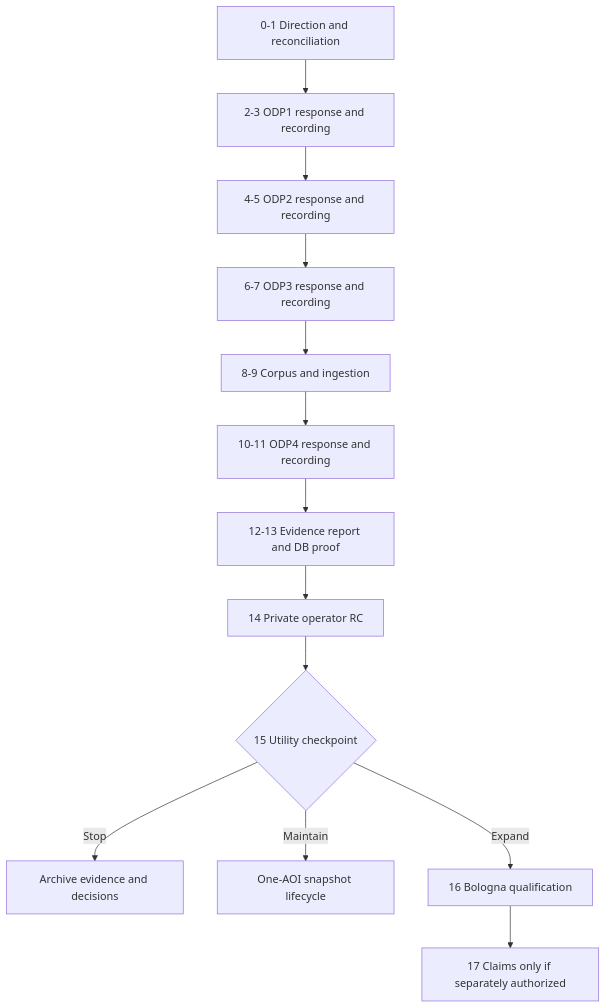
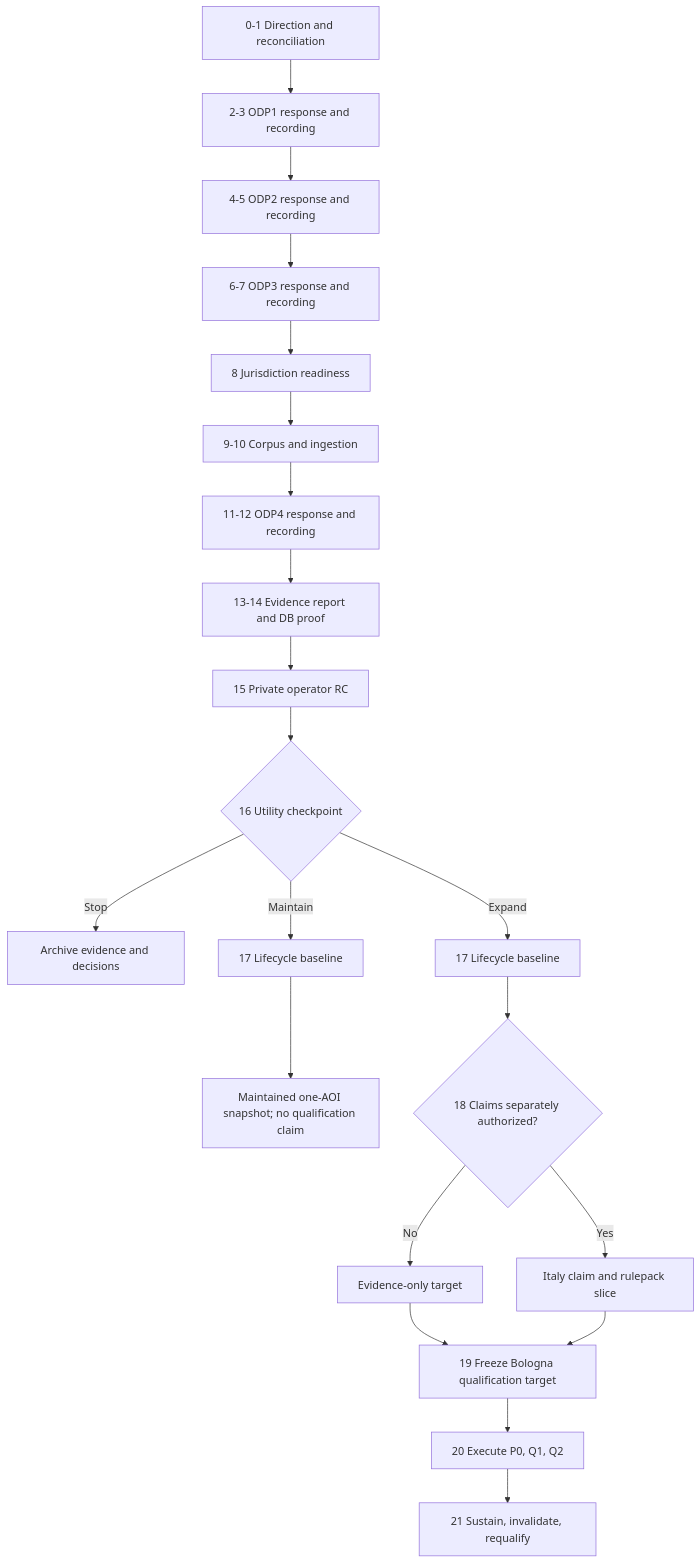
The third of 3 diagrams in plans/2026-07-22-program-roadmap.md (benjmcd/land-dd), drawn with Mermaid before and after one commit. The commit also changed other lines of this file and 7 other files, not shown here.

Commit message:
docs: harden program roadmap

````diff
--- a/plans/2026-07-22-program-roadmap.md
+++ b/plans/2026-07-22-program-roadmap.md
@@ -303,14 +380,22 @@
 ```mermaid
 flowchart TD
     A["0-1 Direction and reconciliation"] --> B["2-3 ODP1 response and recording"]
     B --> C["4-5 ODP2 response and recording"]
     C --> D["6-7 ODP3 response and recording"]
-    D --> E["8-9 Corpus and ingestion"]
-    E --> F["10-11 ODP4 response and recording"]
-    F --> G["12-13 Evidence report and DB proof"] --> H["14 Private operator RC"]
-    H --> I{"15 Utility checkpoint"}
-    I -->|"Stop"| J["Archive evidence and decisions"]
-    I -->|"Maintain"| K["One-AOI snapshot lifecycle"]
-    I -->|"Expand"| L["16 Bologna qualification"]
-    L --> M["17 Claims only if separately authorized"]
+    D --> E["8 Jurisdiction readiness"]
+    E --> F["9-10 Corpus and ingestion"]
+    F --> G["11-12 ODP4 response and recording"]
+    G --> H["13-14 Evidence report and DB proof"] --> I["15 Private operator RC"]
+    I --> J{"16 Utility checkpoint"}
+    J -->|"Stop"| K["Archive evidence and decisions"]
+    J -->|"Maintain"| L["17 Lifecycle baseline"]
+    L --> M["Maintained one-AOI snapshot; no qualification claim"]
+    J -->|"Expand"| N["17 Lifecycle baseline"]
+    N --> O{"18 Claims separately authorized?"}
+    O -->|"No"| P["Evidence-only target"]
+    O -->|"Yes"| Q["Italy claim and rulepack slice"]
+    P --> R["19 Freeze Bologna qualification target"]
+    Q --> R
+    R --> S["20 Execute P0, Q1, Q2"]
+    S --> T["21 Sustain, invalidate, requalify"]
 ```
````
